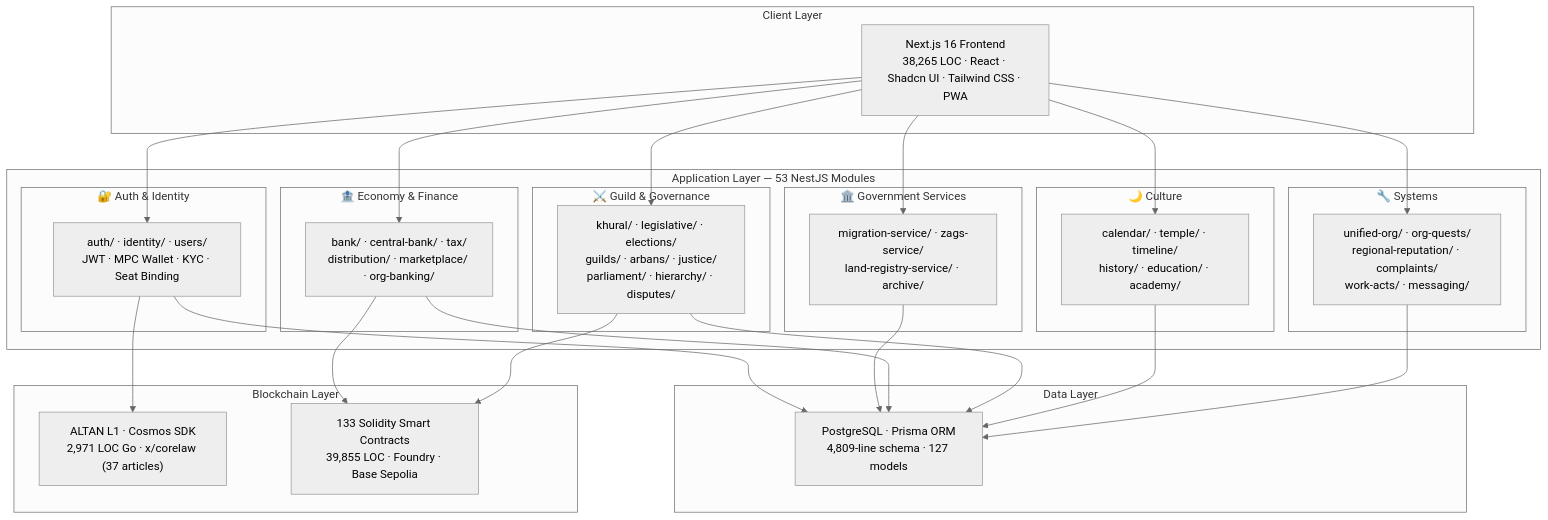
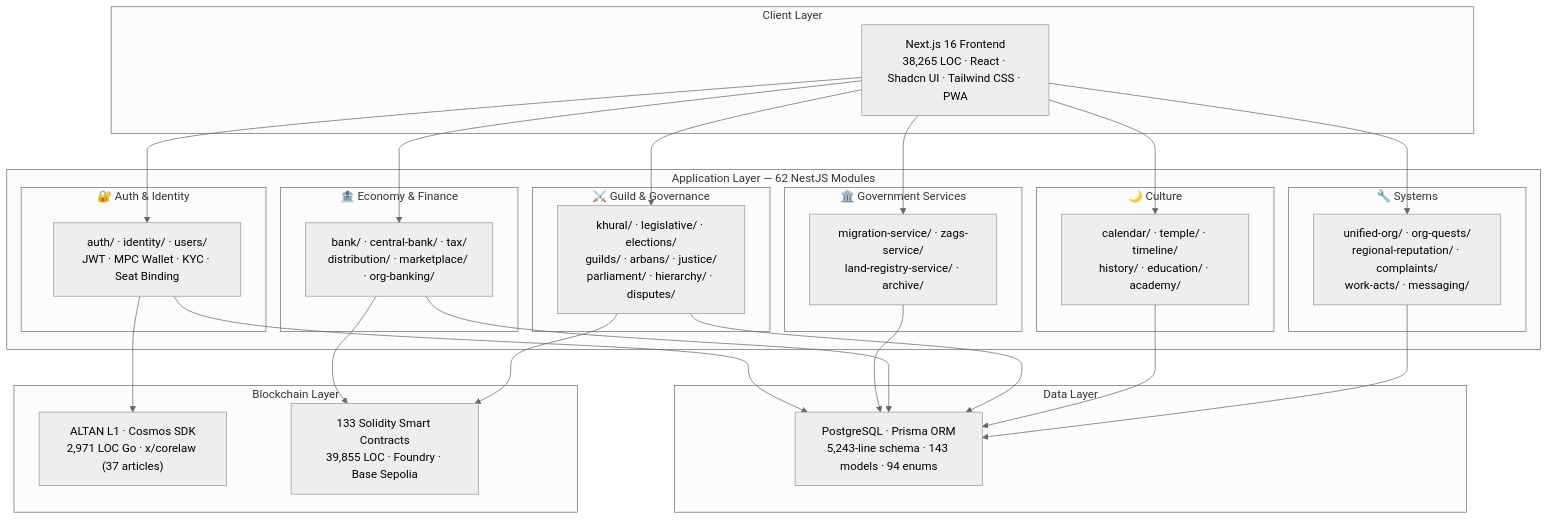
Before and after one commit to Khongirad/INOMAD: the first of 3 diagrams in README.md, drawn with Mermaid (neutral theme). The commit also changed other lines of this file and 2 other files, not shown here.

First line of the commit message:
docs: update project status, README, and timeline for Feb 15 2026

````diff
--- a/README.md
+++ b/README.md
@@ -45,52 +47,52 @@
 ```mermaid
 graph TB
     subgraph "Client Layer"
         FE["Next.js 16 Frontend<br/>38,265 LOC · React · Shadcn UI · Tailwind CSS · PWA"]
     end
 
-    subgraph "Application Layer — 53 NestJS Modules"
+    subgraph "Application Layer — 62 NestJS Modules"
         subgraph "🔐 Auth & Identity"
             AUTH["auth/ · identity/ · users/<br/>JWT · MPC Wallet · KYC · Seat Binding"]
         end
         subgraph "🏛️ Government Services"
             GOV["migration-service/ · zags-service/<br/>land-registry-service/ · archive/"]
         end
         subgraph "🏦 Economy & Finance"
             ECON["bank/ · central-bank/ · tax/<br/>distribution/ · marketplace/ · org-banking/"]
         end
         subgraph "⚔️ Guild & Governance"
             GUILD["khural/ · legislative/ · elections/<br/>guilds/ · arbans/ · justice/<br/>parliament/ · hierarchy/ · disputes/"]
         end
         subgraph "🌙 Culture"
             CULT["calendar/ · temple/ · timeline/<br/>history/ · education/ · academy/"]
         end
         subgraph "🔧 Systems"
             SYS["unified-org/ · org-quests/<br/>regional-reputation/ · complaints/<br/>work-acts/ · messaging/"]
         end
     end
 
     subgraph "Data Layer"
-        DB["PostgreSQL · Prisma ORM<br/>4,809-line schema · 127 models"]
+        DB["PostgreSQL · Prisma ORM<br/>5,243-line schema · 143 models · 94 enums"]
     end
 
     subgraph "Blockchain Layer"
         L1["ALTAN L1 · Cosmos SDK<br/>2,971 LOC Go · x/corelaw (37 articles)"]
         SC["133 Solidity Smart Contracts<br/>39,855 LOC · Foundry · Base Sepolia"]
     end
 
     FE --> AUTH
     FE --> GOV
     FE --> ECON
     FE --> GUILD
     FE --> CULT
     FE --> SYS
     AUTH --> DB
     GOV --> DB
     ECON --> DB
     GUILD --> DB
     CULT --> DB
     SYS --> DB
     ECON --> SC
     GUILD --> SC
     AUTH --> L1
 ```
````
